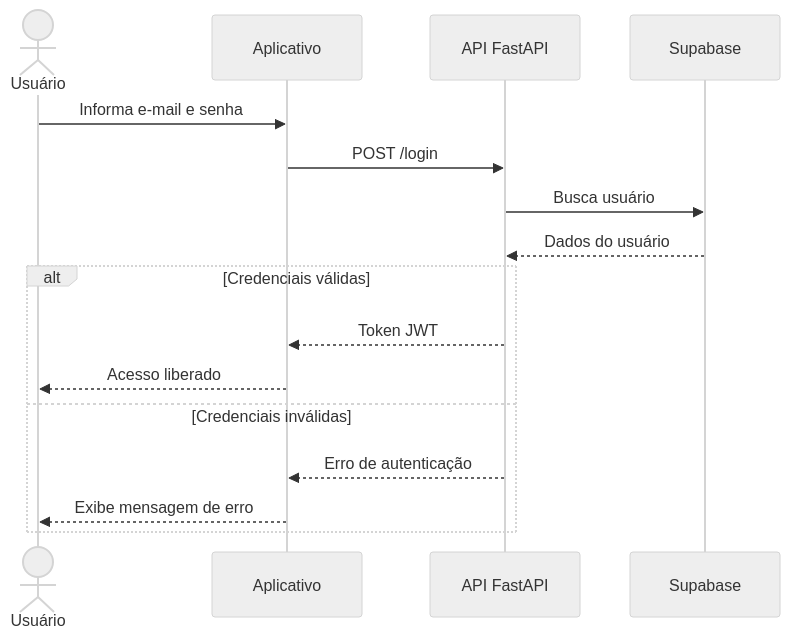
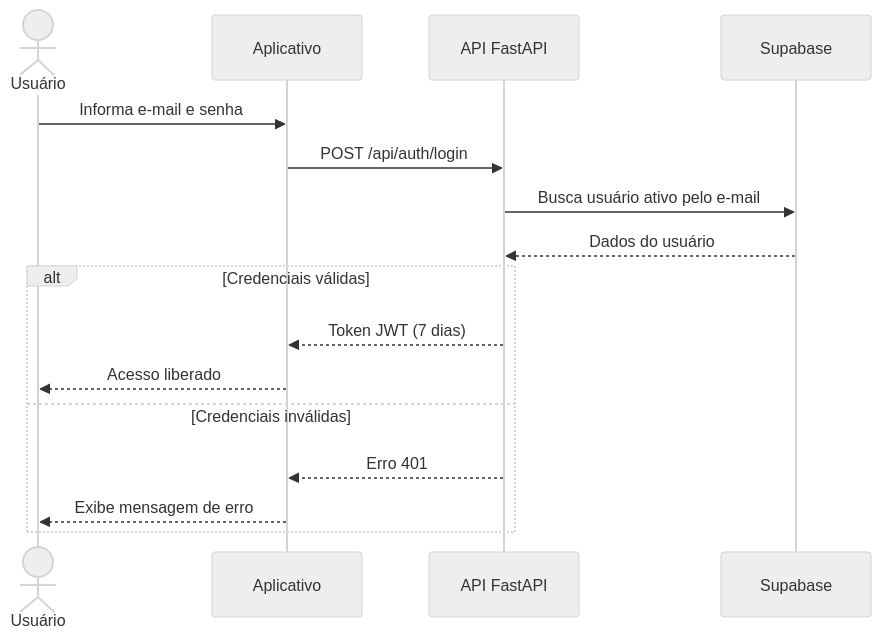
Before and after one commit to amandaadb/Projeto-Saude-em-dia-: the seventh of 9 diagrams in docs/diagramas.md, drawn with Mermaid (neutral theme). The commit also changed other lines of this file, not shown here.

````diff
--- a/docs/diagramas.md
+++ b/docs/diagramas.md
@@ -100,19 +120,19 @@
 ```mermaid
 sequenceDiagram
     actor U as Usuário
     participant App as Aplicativo
     participant API as API FastAPI
     participant DB as Supabase
 
     U->>App: Informa e-mail e senha
-    App->>API: POST /login
-    API->>DB: Busca usuário
+    App->>API: POST /api/auth/login
+    API->>DB: Busca usuário ativo pelo e-mail
     DB-->>API: Dados do usuário
     alt Credenciais válidas
-        API-->>App: Token JWT
+        API-->>App: Token JWT (7 dias)
         App-->>U: Acesso liberado
     else Credenciais inválidas
-        API-->>App: Erro de autenticação
+        API-->>App: Erro 401
         App-->>U: Exibe mensagem de erro
     end
 ```
````
